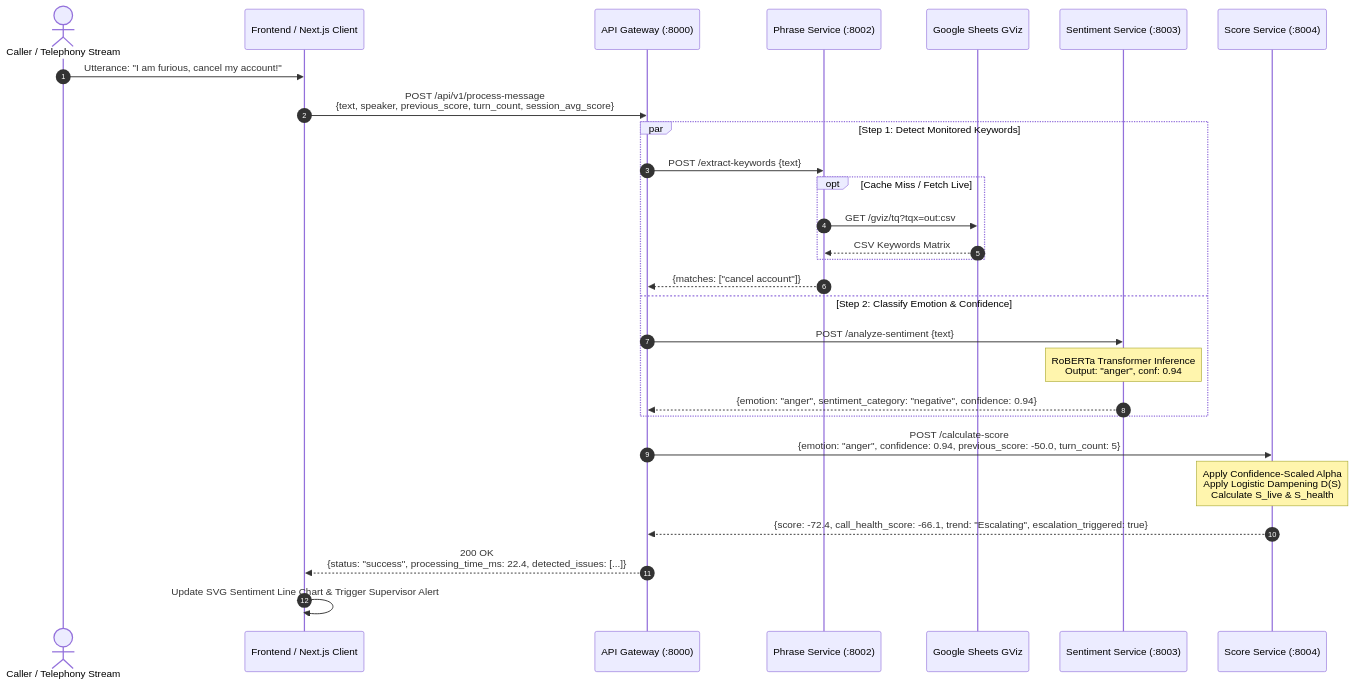
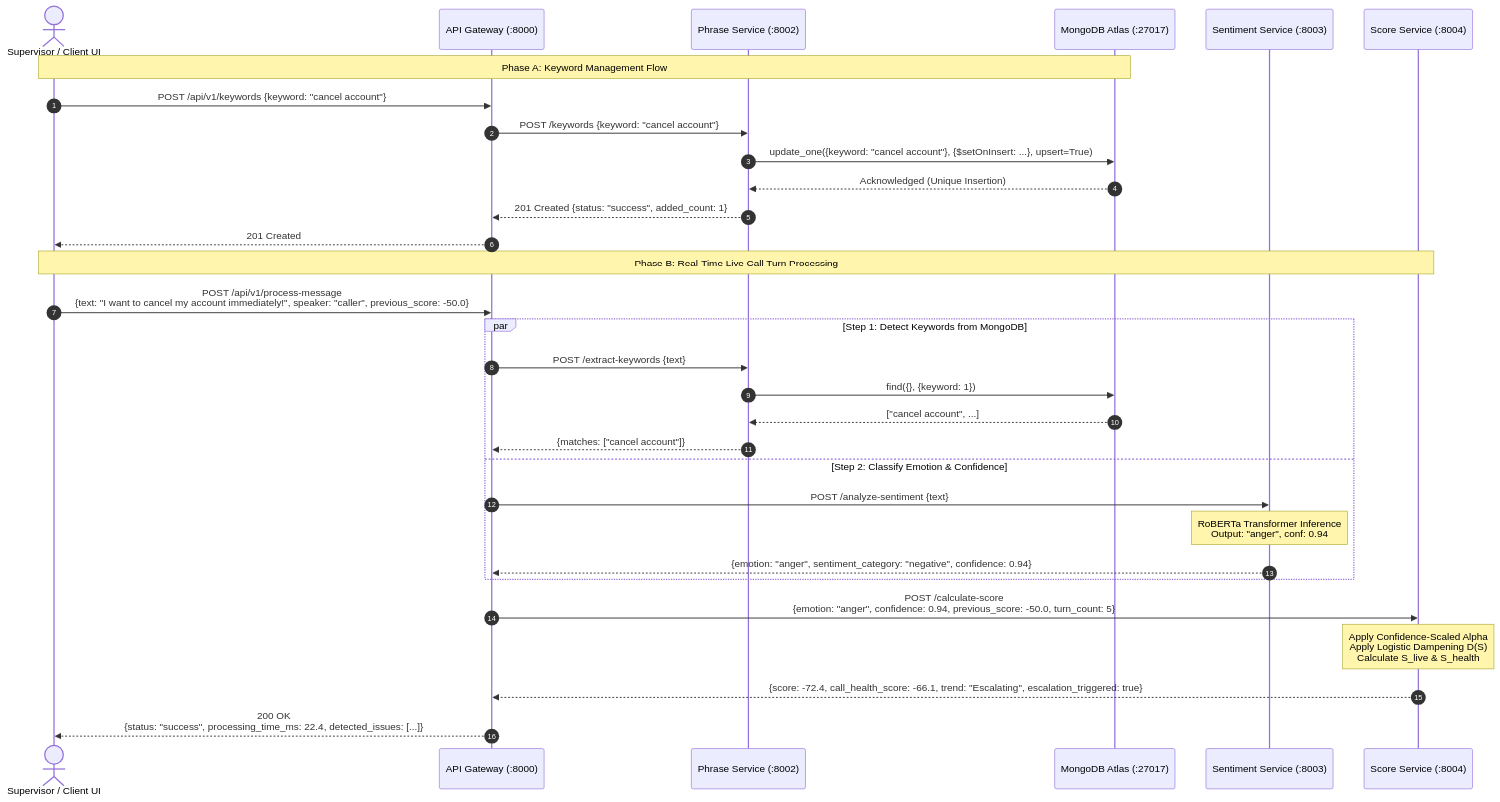
The third of 6 diagrams in architecture.md (Thejandeera/live-call-sentiment), drawn with Mermaid before and after one commit. The commit also changed other lines of this file and 6 other files, not shown here.

Commit message:
feat: migrate keyword management from Google Sheets to MongoDB Atlas and implement service-phrase API endpoints

````diff
--- a/architecture.md
+++ b/architecture.md
@@ -128,34 +139,38 @@
 ```mermaid
 sequenceDiagram
     autonumber
-    actor Caller as Caller / Telephony Stream
-    participant Client as Frontend / Next.js Client
+    actor User as Supervisor / Client UI
     participant GW as API Gateway (:8000)
     participant Phrase as Phrase Service (:8002)
-    participant Sheet as Google Sheets GViz
+    participant Mongo as MongoDB Atlas (:27017)
     participant Sentiment as Sentiment Service (:8003)
     participant Score as Score Service (:8004)
 
-    Caller->>Client: Utterance: "I am furious, cancel my account!"
-    Client->>GW: POST /api/v1/process-message<br/>{text, speaker, previous_score, turn_count, session_avg_score}
+    Note over User,Mongo: Phase A: Keyword Management Flow
+    User->>GW: POST /api/v1/keywords {keyword: "cancel account"}
+    GW->>Phrase: POST /keywords {keyword: "cancel account"}
+    Phrase->>Mongo: update_one({keyword: "cancel account"}, {$setOnInsert: ...}, upsert=True)
+    Mongo-->>Phrase: Acknowledged (Unique Insertion)
+    Phrase-->>GW: 201 Created {status: "success", added_count: 1}
+    GW-->>User: 201 Created
 
-    par Step 1: Detect Monitored Keywords
+    Note over User,Score: Phase B: Real-Time Live Call Turn Processing
+    User->>GW: POST /api/v1/process-message<br/>{text: "I want to cancel my account immediately!", speaker: "caller", previous_score: -50.0}
+
+    par Step 1: Detect Keywords from MongoDB
         GW->>Phrase: POST /extract-keywords {text}
-        opt Cache Miss / Fetch Live
-            Phrase->>Sheet: GET /gviz/tq?tqx=out:csv
-            Sheet-->>Phrase: CSV Keywords Matrix
-        end
+        Phrase->>Mongo: find({}, {keyword: 1})
+        Mongo-->>Phrase: ["cancel account", ...]
         Phrase-->>GW: {matches: ["cancel account"]}
     and Step 2: Classify Emotion & Confidence
         GW->>Sentiment: POST /analyze-sentiment {text}
         Note over Sentiment: RoBERTa Transformer Inference<br/>Output: "anger", conf: 0.94
         Sentiment-->>GW: {emotion: "anger", sentiment_category: "negative", confidence: 0.94}
     end
 
     GW->>Score: POST /calculate-score<br/>{emotion: "anger", confidence: 0.94, previous_score: -50.0, turn_count: 5}
     Note over Score: Apply Confidence-Scaled Alpha<br/>Apply Logistic Dampening D(S)<br/>Calculate S_live & S_health
     Score-->>GW: {score: -72.4, call_health_score: -66.1, trend: "Escalating", escalation_triggered: true}
 
-    GW-->>Client: 200 OK<br/>{status: "success", processing_time_ms: 22.4, detected_issues: [...]}
-    Client->>Client: Update SVG Sentiment Line Chart & Trigger Supervisor Alert
+    GW-->>User: 200 OK<br/>{status: "success", processing_time_ms: 22.4, detected_issues: [...]}
 ```
````
